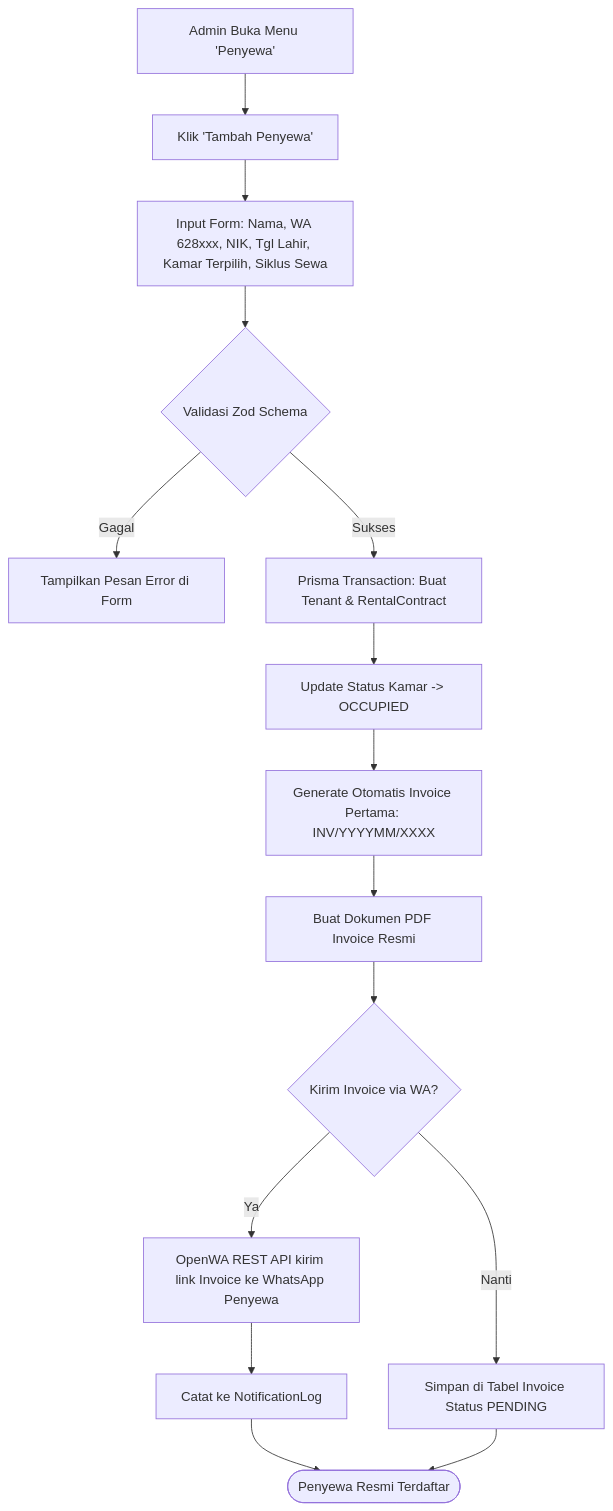
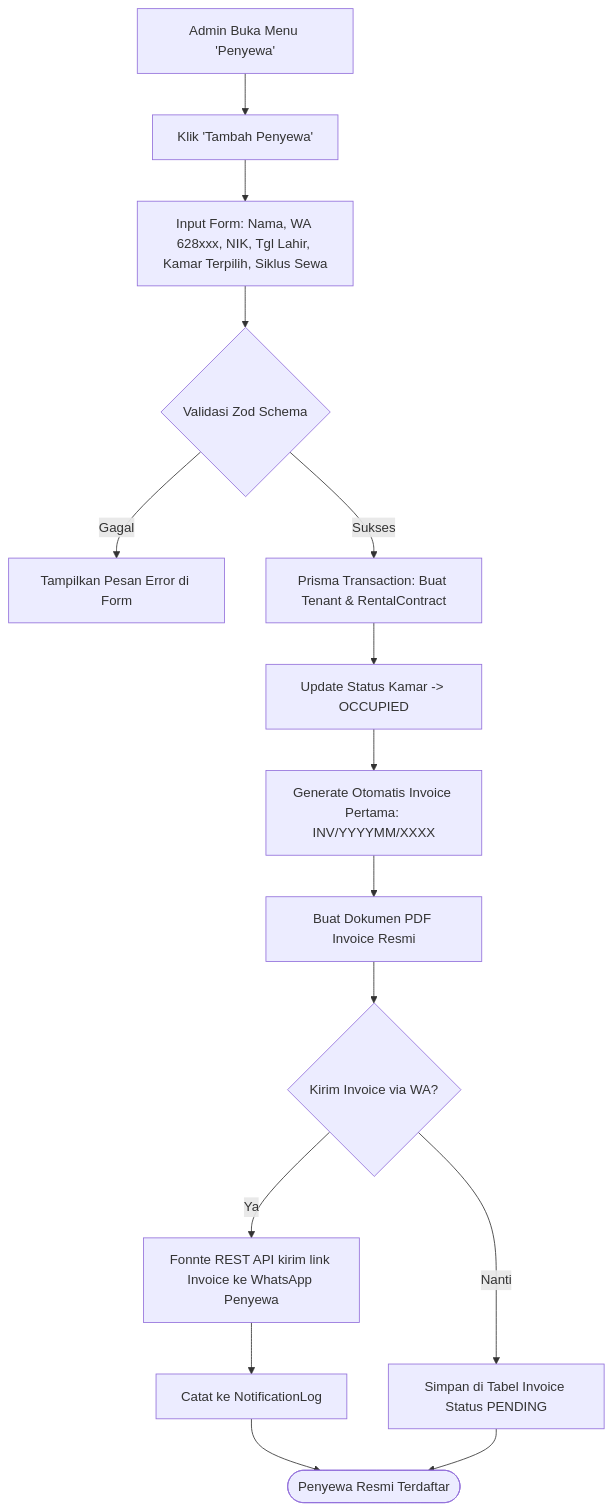
One commit to KyyTzy09/HomeeKost changed the fifth of 6 diagrams in docs/ARCHITECTURE.md. Above: the diagram before and after it, drawn with Mermaid. The commit also changed other lines of this file and 6 other files, not shown here.

First line of the commit message:
feat: Update HomeeKost Implementation Master Plan and Database Schema

````diff
--- a/docs/ARCHITECTURE.md
+++ b/docs/ARCHITECTURE.md
@@ -675,17 +677,17 @@
 ```mermaid
 flowchart TD
     A[Admin Buka Menu 'Penyewa'] --> B[Klik 'Tambah Penyewa']
     B --> C[Input Form: Nama, WA 628xxx, NIK, Tgl Lahir, Kamar Terpilih, Siklus Sewa]
     C --> D{Validasi Zod Schema}
     D -->|Gagal| E[Tampilkan Pesan Error di Form]
     D -->|Sukses| F[Prisma Transaction: Buat Tenant & RentalContract]
     F --> G[Update Status Kamar -> OCCUPIED]
     G --> H[Generate Otomatis Invoice Pertama: INV/YYYYMM/XXXX]
     H --> I[Buat Dokumen PDF Invoice Resmi]
     I --> J{Kirim Invoice via WA?}
-    J -->|Ya| K[OpenWA REST API kirim link Invoice ke WhatsApp Penyewa]
+    J -->|Ya| K[Fonnte REST API kirim link Invoice ke WhatsApp Penyewa]
     J -->|Nanti| L[Simpan di Tabel Invoice Status PENDING]
     K --> M[Catat ke NotificationLog]
     M --> N([Penyewa Resmi Terdaftar])
     L --> N
 ```
````
